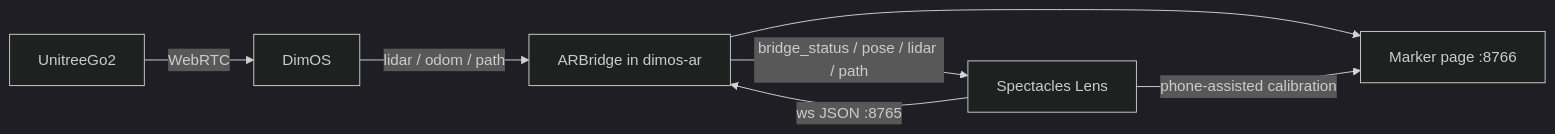
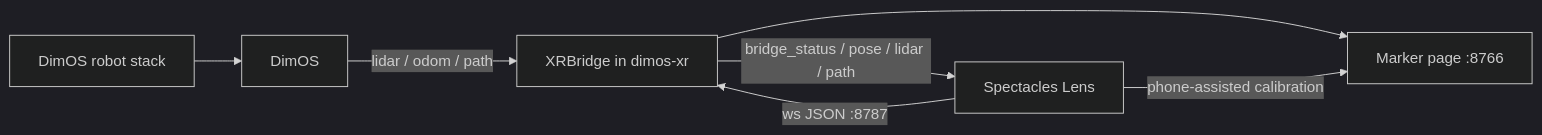
Before and after one commit to V4C38/spectacles-dimensional-os: the first of 3 diagrams in README.md, drawn with Mermaid (dark theme). The commit also changed other lines of this file and 59 other files, not shown here.

Commit message:
dimos-xr refactored to abstract bridge with support for go2 and g1

````diff
--- a/README.md
+++ b/README.md
@@ -20,9 +20,9 @@
 ```mermaid
 flowchart LR
-  Go2[UnitreeGo2] -->|"WebRTC"| DimOS[DimOS]
-  DimOS -->|"lidar / odom / path"| ARBridge[ARBridge in dimos-ar]
-  Spectacles[Spectacles Lens] -->|"ws JSON :8765"| ARBridge
-  ARBridge -->|"bridge_status / pose / lidar / path"| Spectacles
-  ARBridge --> MarkerPage[Marker page :8766]
+  RobotStack[DimOS robot stack] --> DimOS[DimOS]
+  DimOS -->|"lidar / odom / path"| XRBridge[XRBridge in dimos-xr]
+  Spectacles[Spectacles Lens] -->|"ws JSON :8787"| XRBridge
+  XRBridge -->|"bridge_status / pose / lidar / path"| Spectacles
+  XRBridge --> MarkerPage[Marker page :8766]
   Spectacles -->|"phone-assisted calibration"| MarkerPage
 ```
````
